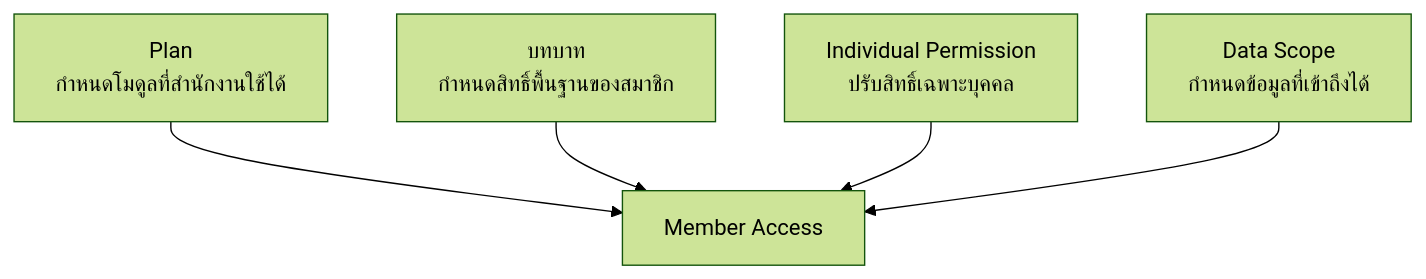
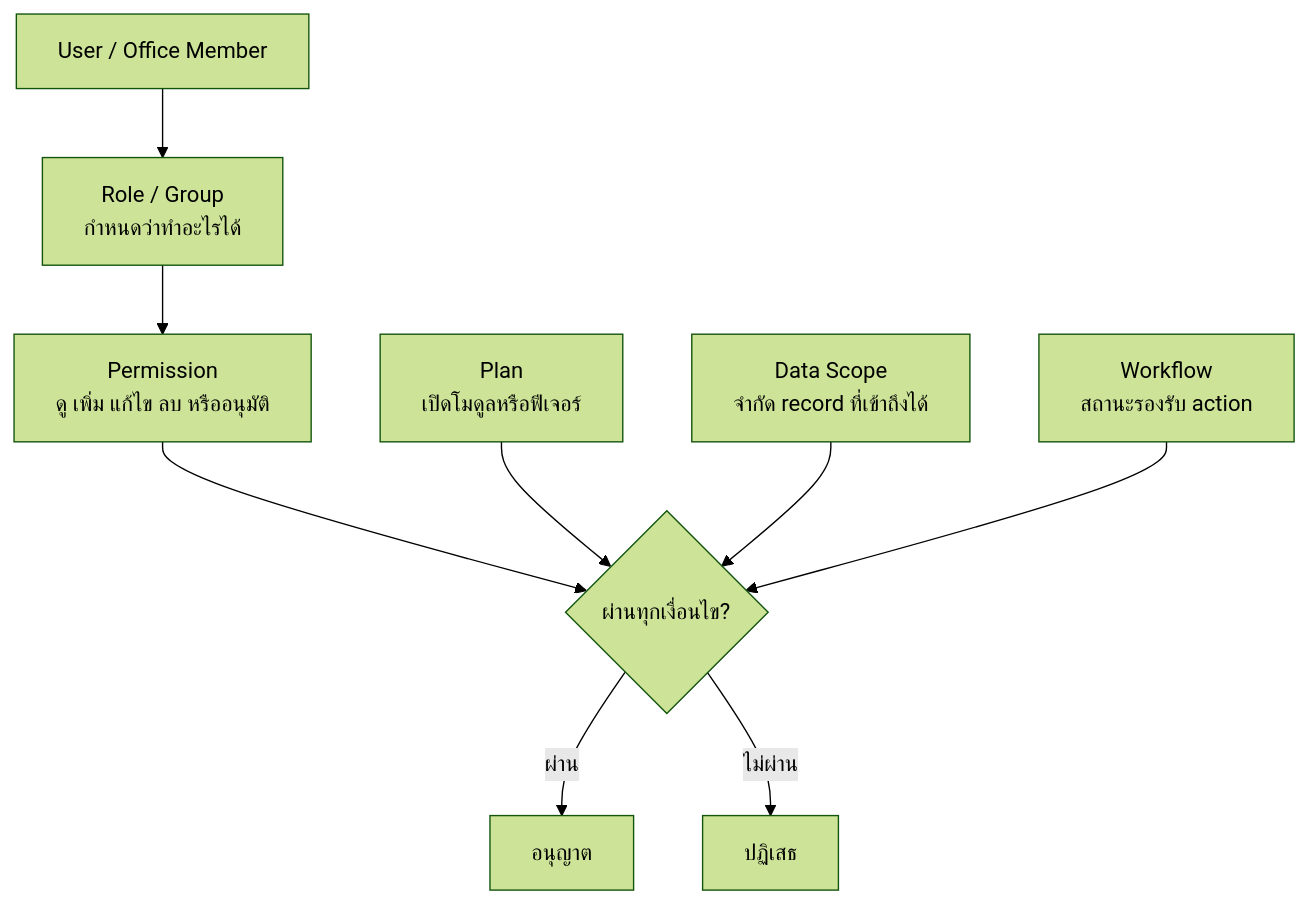
Before and after one commit to yukasung/mattersolv_docs: the first of 4 diagrams in docs/app/docs/roles/page.mdx, drawn with Mermaid (forest theme). The commit also changed other lines of this file and 11 other files, not shown here.

````diff
--- a/docs/app/docs/roles/page.mdx
+++ b/docs/app/docs/roles/page.mdx
@@ -18,13 +15,19 @@
 ```mermaid
 flowchart TB
-  Plan["Plan<br/>กำหนดโมดูลที่สำนักงานใช้ได้"]
-  Profile["บทบาท<br/>กำหนดสิทธิ์พื้นฐานของสมาชิก"]
-  Permission["Individual Permission<br/>ปรับสิทธิ์เฉพาะบุคคล"]
-  Scope["Data Scope<br/>กำหนดข้อมูลที่เข้าถึงได้"]
-  Access["Member Access"]
+  Member["User / Office Member"]
+  Group["Role / Group<br/>กำหนดว่าทำอะไรได้"]
+  Permission["Permission<br/>ดู เพิ่ม แก้ไข ลบ หรืออนุมัติ"]
+  Plan["Plan<br/>เปิดโมดูลหรือฟีเจอร์"]
+  Scope["Data Scope<br/>จำกัด record ที่เข้าถึงได้"]
+  Workflow["Workflow<br/>สถานะรองรับ action"]
+  Decision{"ผ่านทุกเงื่อนไข?"}
+  Allow["อนุญาต"]
+  Deny["ปฏิเสธ"]
 
-  Plan --> Access
-  Profile --> Access
-  Permission --> Access
-  Scope --> Access
+  Member --> Group --> Permission --> Decision
+  Plan --> Decision
+  Scope --> Decision
+  Workflow --> Decision
+  Decision -->|ผ่าน| Allow
+  Decision -->|ไม่ผ่าน| Deny
 ```
````
